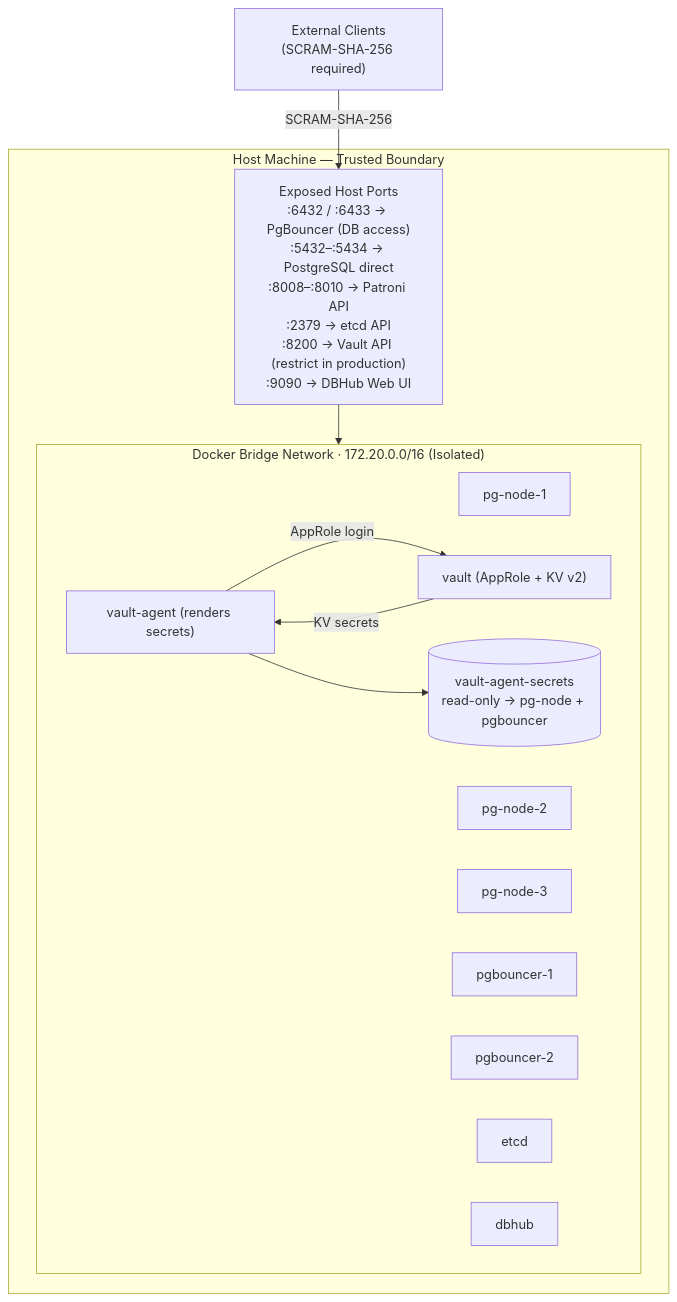
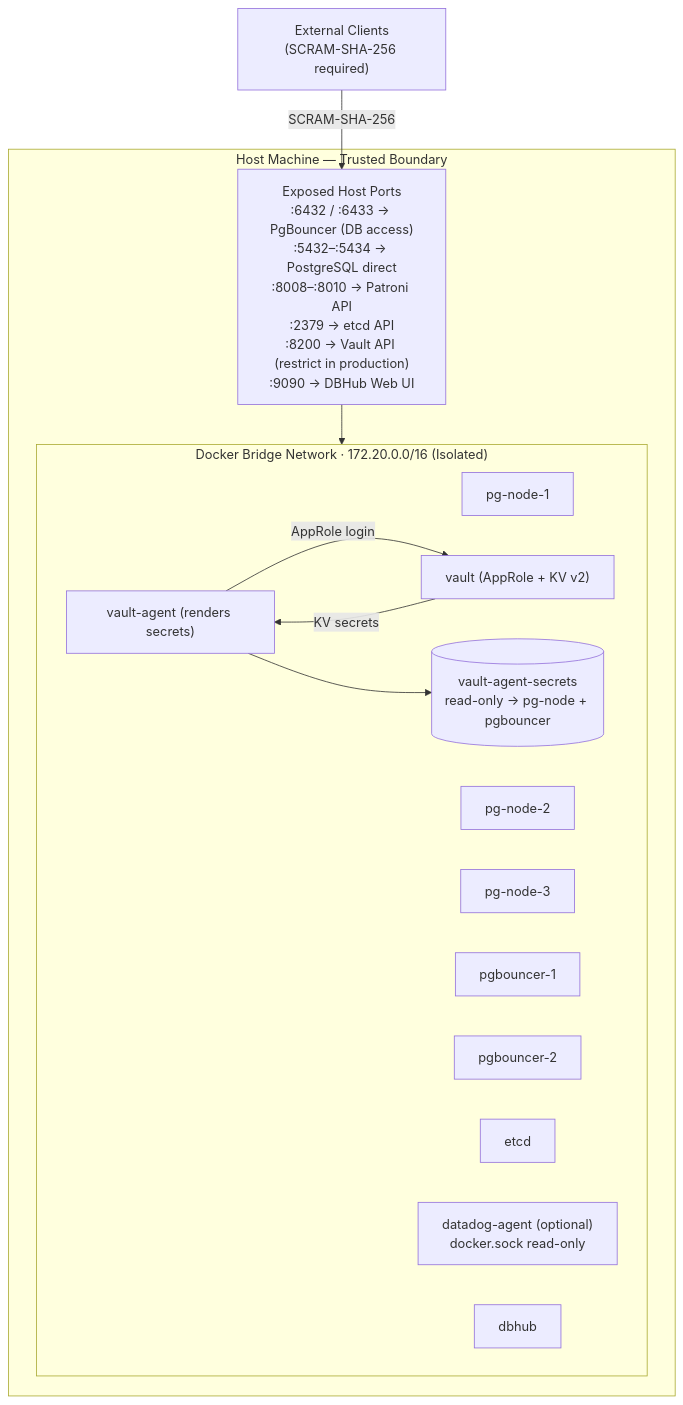
Before and after one commit to venkatajangala/terraform-docker-container-postgres: diagram 17 of 17 in docs/architecture/ARCHITECTURE.md, drawn with Mermaid. The commit also changed other lines of this file and 6 other files, not shown here.

````diff
--- a/docs/architecture/ARCHITECTURE.md
+++ b/docs/architecture/ARCHITECTURE.md
@@ -494,24 +604,25 @@
 ```mermaid
 graph TD
     EXT["External Clients<br/>(SCRAM-SHA-256 required)"]
 
     subgraph HOST["Host Machine — Trusted Boundary"]
         PORTS["Exposed Host Ports<br/>:6432 / :6433 → PgBouncer (DB access)<br/>:5432–:5434 → PostgreSQL direct<br/>:8008–:8010 → Patroni API<br/>:2379 → etcd API<br/>:8200 → Vault API (restrict in production)<br/>:9090 → DBHub Web UI"]
 
         subgraph DOCKER["Docker Bridge Network · 172.20.0.0/16 (Isolated)"]
             PG1["pg-node-1"] & PG2["pg-node-2"] & PG3["pg-node-3"]
             PGB1["pgbouncer-1"] & PGB2["pgbouncer-2"]
             ETCD["etcd"]
             VAULT["vault (AppRole + KV v2)"]
             VAGENT["vault-agent (renders secrets)"]
             SVOL[("vault-agent-secrets\nread-only → pg-node + pgbouncer")]
+            DD["datadog-agent (optional)\ndocker.sock read-only"]
             DBHUB["dbhub"]
         end
     end
 
     EXT -->|"SCRAM-SHA-256"| PORTS
     PORTS --> DOCKER
     VAGENT -->|"AppRole login"| VAULT
     VAULT -->|"KV secrets"| VAGENT
     VAGENT --> SVOL
 ```
````
